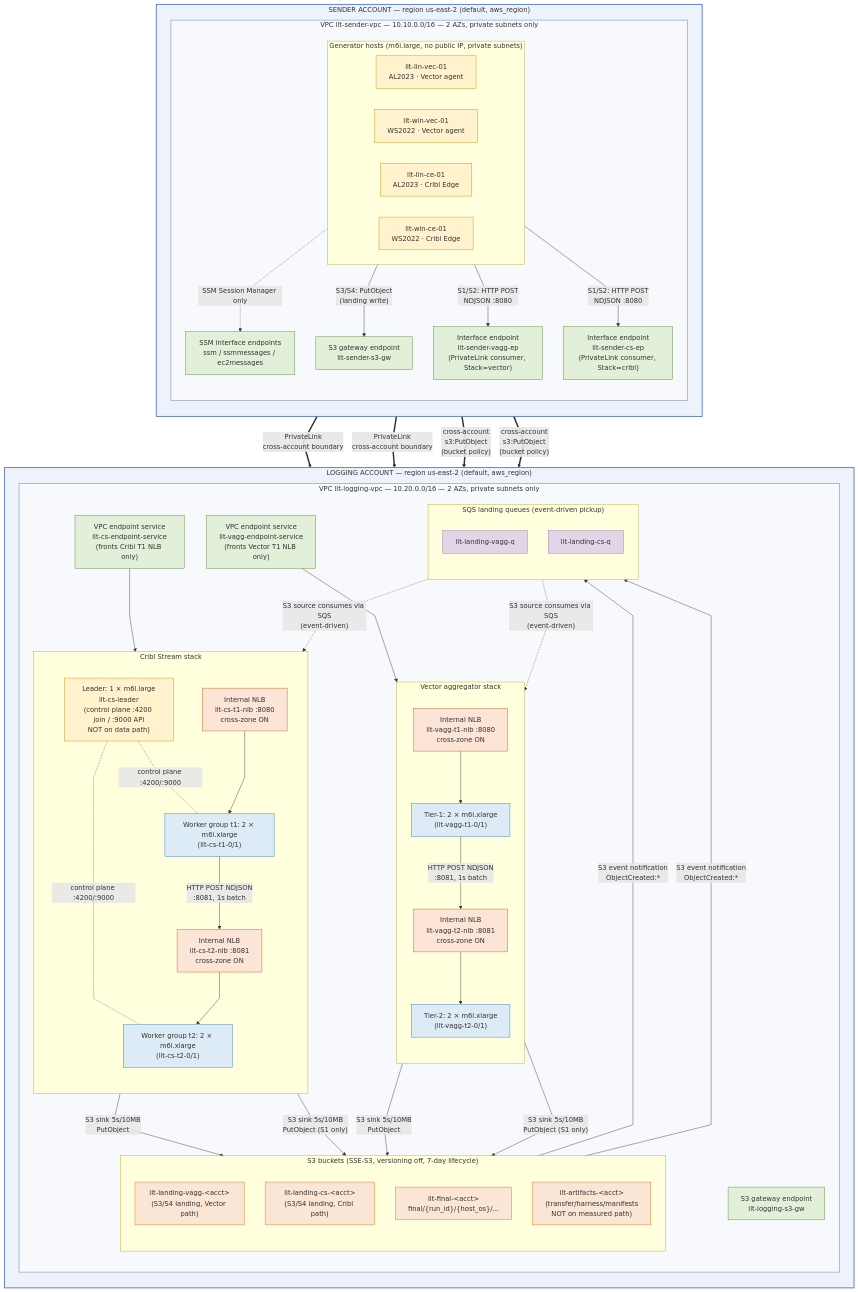
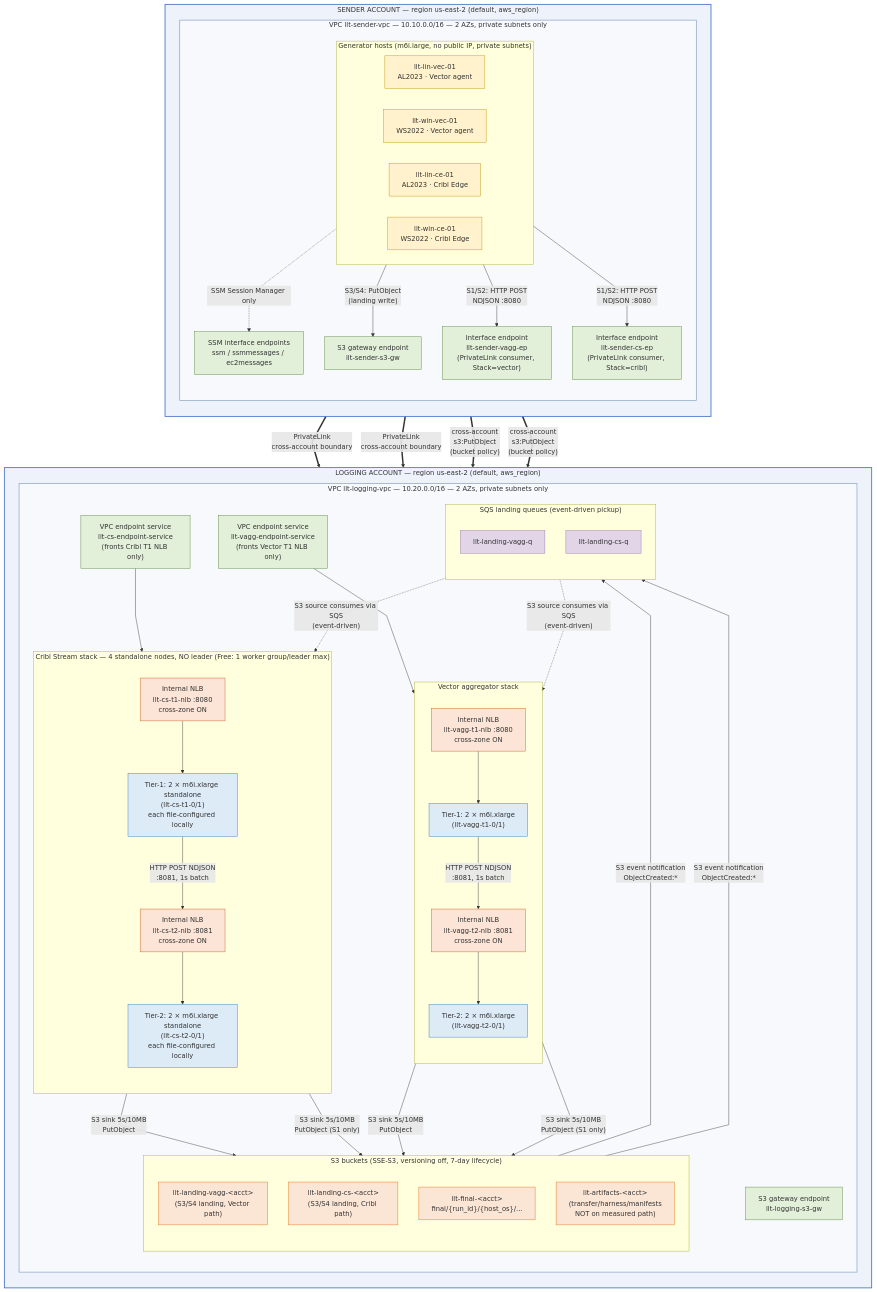
The diagram in docs/diagrams/topology.mermaid (snk5125/log-latency-eval), drawn with Mermaid before and after one commit. The commit also changed 46 other files, not shown here.

```diff
--- a/docs/diagrams/topology.mermaid
+++ b/docs/diagrams/topology.mermaid
@@ -1,123 +1,120 @@
 %%{init: {"flowchart": {"htmlLabels": true, "curve": "linear"}} }%%
 %% docs/diagrams/topology.mermaid
 %% Two-account network topology for the llt (logging latency test) experiment.
 %% Source of truth: PLAN.md §4 (Architecture) and the deployed terraform/ modules.
 %% Every name/port/bucket here MUST match terraform/modules/*; update both together.
 flowchart TB
 
   subgraph SENDER["SENDER ACCOUNT — region us-east-2 (default, aws_region)"]
     direction TB
     subgraph SVPC["VPC llt-sender-vpc — 10.10.0.0/16 — 2 AZs, private subnets only"]
       direction TB
 
       subgraph SHOSTS["Generator hosts (m6i.large, no public IP, private subnets)"]
         direction LR
         LinVec["llt-lin-vec-01\nAL2023 · Vector agent"]
         WinVec["llt-win-vec-01\nWS2022 · Vector agent"]
         LinCe["llt-lin-ce-01\nAL2023 · Cribl Edge"]
         WinCe["llt-win-ce-01\nWS2022 · Cribl Edge"]
       end
 
       SSMEP["SSM interface endpoints\nssm / ssmmessages / ec2messages"]
       S3GWSender["S3 gateway endpoint\nllt-sender-s3-gw"]
       VaggEP["Interface endpoint\nllt-sender-vagg-ep\n(PrivateLink consumer, Stack=vector)"]
       CsEP["Interface endpoint\nllt-sender-cs-ep\n(PrivateLink consumer, Stack=cribl)"]
 
       SHOSTS -.SSM Session Manager only.-> SSMEP
       SHOSTS -->|"S3/S4: PutObject\n(landing write)"| S3GWSender
       SHOSTS -->|"S1/S2: HTTP POST\nNDJSON :8080"| VaggEP
       SHOSTS -->|"S1/S2: HTTP POST\nNDJSON :8080"| CsEP
     end
   end
 
   subgraph LOGGING["LOGGING ACCOUNT — region us-east-2 (default, aws_region)"]
     direction TB
     subgraph LVPC["VPC llt-logging-vpc — 10.20.0.0/16 — 2 AZs, private subnets only"]
       direction TB
 
       VectorSvc["VPC endpoint service\nllt-vagg-endpoint-service\n(fronts Vector T1 NLB only)"]
       CriblSvc["VPC endpoint service\nllt-cs-endpoint-service\n(fronts Cribl T1 NLB only)"]
 
       subgraph VSTACK["Vector aggregator stack"]
         direction TB
         VT1NLB["Internal NLB\nllt-vagg-t1-nlb :8080\ncross-zone ON"]
         VT1["Tier-1: 2 × m6i.xlarge\n(llt-vagg-t1-0/1)"]
         VT2NLB["Internal NLB\nllt-vagg-t2-nlb :8081\ncross-zone ON"]
         VT2["Tier-2: 2 × m6i.xlarge\n(llt-vagg-t2-0/1)"]
         VT1NLB --> VT1
         VT1 -->|"HTTP POST NDJSON\n:8081, 1s batch"| VT2NLB
         VT2NLB --> VT2
       end
 
-      subgraph CSTACK["Cribl Stream stack"]
+      subgraph CSTACK["Cribl Stream stack — 4 standalone nodes, NO leader (Free: 1 worker group/leader max)"]
         direction TB
-        Leader["Leader: 1 × m6i.large\nllt-cs-leader\n(control plane :4200 join / :9000 API\nNOT on data path)"]
         CT1NLB["Internal NLB\nllt-cs-t1-nlb :8080\ncross-zone ON"]
-        CT1["Worker group t1: 2 × m6i.xlarge\n(llt-cs-t1-0/1)"]
+        CT1["Tier-1: 2 × m6i.xlarge standalone\n(llt-cs-t1-0/1)\neach file-configured locally"]
         CT2NLB["Internal NLB\nllt-cs-t2-nlb :8081\ncross-zone ON"]
-        CT2["Worker group t2: 2 × m6i.xlarge\n(llt-cs-t2-0/1)"]
-        Leader -.control plane :4200/:9000.- CT1
-        Leader -.control plane :4200/:9000.- CT2
+        CT2["Tier-2: 2 × m6i.xlarge standalone\n(llt-cs-t2-0/1)\neach file-configured locally"]
         CT1NLB --> CT1
         CT1 -->|"HTTP POST NDJSON\n:8081, 1s batch"| CT2NLB
         CT2NLB --> CT2
       end
 
       VectorSvc --> VT1NLB
       CriblSvc --> CT1NLB
 
       S3GWLogging["S3 gateway endpoint\nllt-logging-s3-gw"]
 
       subgraph BUCKETS["S3 buckets (SSE-S3, versioning off, 7-day lifecycle)"]
         direction TB
         LandingVagg["llt-landing-vagg-&lt;acct&gt;\n(S3/S4 landing, Vector path)"]
         LandingCs["llt-landing-cs-&lt;acct&gt;\n(S3/S4 landing, Cribl path)"]
         Final["llt-final-&lt;acct&gt;\nfinal/{run_id}/{host_os}/..."]
         Artifacts["llt-artifacts-&lt;acct&gt;\n(transfer/harness/manifests\nNOT on measured path)"]
       end
 
       subgraph QUEUES["SQS landing queues (event-driven pickup)"]
         direction TB
         VaggQ["llt-landing-vagg-q"]
         CsQ["llt-landing-cs-q"]
       end
 
       LandingVagg -->|"S3 event notification\nObjectCreated:*"| VaggQ
       LandingCs -->|"S3 event notification\nObjectCreated:*"| CsQ
       VaggQ -.->|"S3 source consumes via SQS\n(event-driven)"| VT1
       CsQ -.->|"S3 source consumes via SQS\n(event-driven)"| CT1
 
       VT2 -->|"S3 sink 5s/10MB\nPutObject"| Final
       CT2 -->|"S3 sink 5s/10MB\nPutObject"| Final
       VT1 -->|"S3 sink 5s/10MB\nPutObject (S1 only)"| Final
       CT1 -->|"S3 sink 5s/10MB\nPutObject (S1 only)"| Final
     end
   end
 
   %% Cross-account PrivateLink links (the measured cross-account hop, S1/S2).
   VaggEP ==>|"PrivateLink\ncross-account boundary"| VectorSvc
   CsEP ==>|"PrivateLink\ncross-account boundary"| CriblSvc
 
   %% Cross-account S3 data-plane writes (S3/S4 landing path) — both sender S3
   %% gateway endpoint and logging landing buckets are cross-account via bucket
   %% policy (s3:PutObject granted to sender-account generator-host roles).
   S3GWSender ==>|"cross-account\ns3:PutObject\n(bucket policy)"| LandingVagg
   S3GWSender ==>|"cross-account\ns3:PutObject\n(bucket policy)"| LandingCs
 
   classDef account fill:#eef3fb,stroke:#4472c4,stroke-width:2px;
   classDef vpc fill:#f7f9fc,stroke:#7f9cbf,stroke-width:1.5px;
   classDef host fill:#fff2cc,stroke:#bf9000,stroke-width:1px;
   classDef endpoint fill:#e2f0d9,stroke:#548235,stroke-width:1px;
   classDef nlb fill:#fce4d6,stroke:#c55a11,stroke-width:1px;
   classDef compute fill:#ddebf7,stroke:#2e75b6,stroke-width:1px;
   classDef bucket fill:#fbe5d5,stroke:#e36c09,stroke-width:1px;
   classDef queue fill:#e1d5e7,stroke:#9673a6,stroke-width:1px;
 
   class SENDER,LOGGING account;
   class SVPC,LVPC vpc;
-  class LinVec,WinVec,LinCe,WinCe,Leader host;
+  class LinVec,WinVec,LinCe,WinCe host;
   class SSMEP,S3GWSender,VaggEP,CsEP,VectorSvc,CriblSvc,S3GWLogging endpoint;
   class VT1NLB,VT2NLB,CT1NLB,CT2NLB nlb;
   class VT1,VT2,CT1,CT2 compute;
   class LandingVagg,LandingCs,Final,Artifacts bucket;
   class VaggQ,CsQ queue;
```
